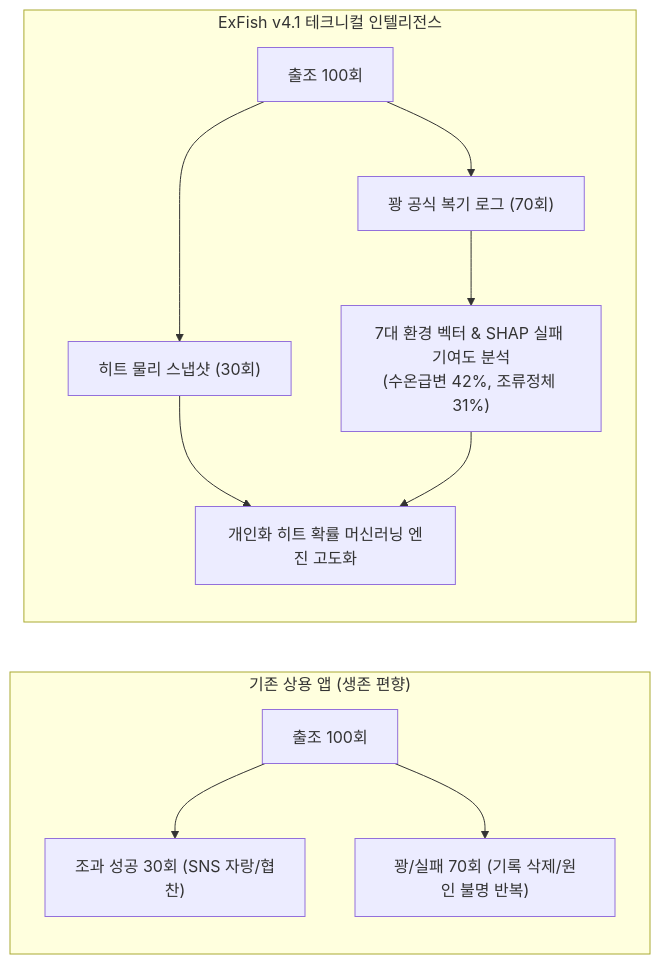
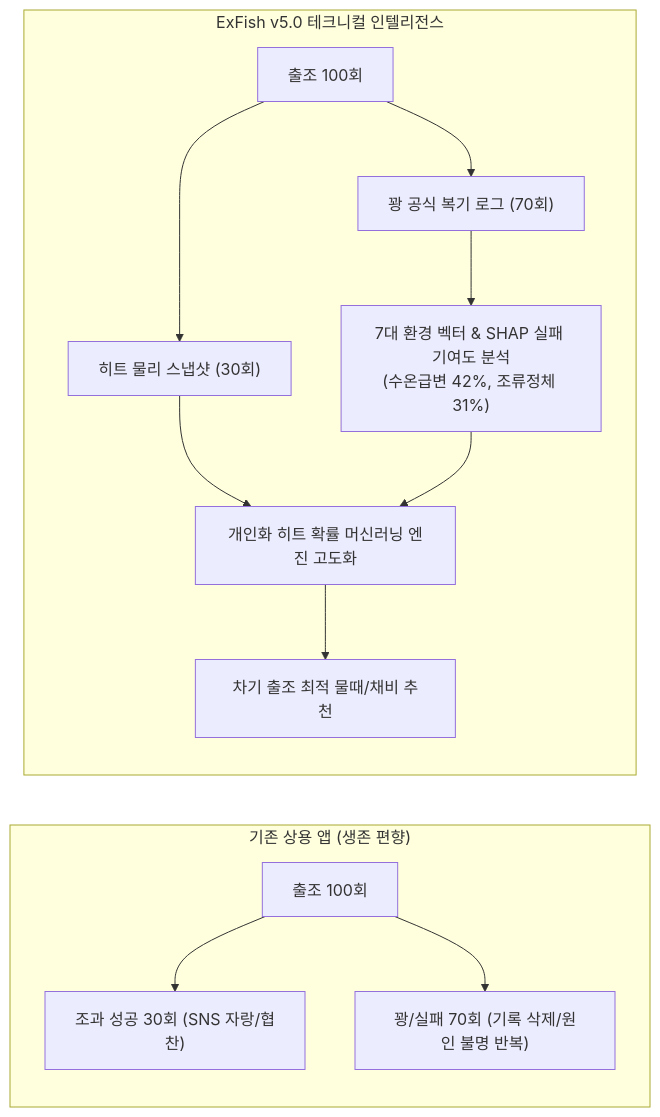
Before and after one commit to tlogger/espFish: the first of 4 diagrams in DESIGN_SPEC.md, drawn with Mermaid. The commit also changed other lines of this file and 10 other files, not shown here.

````diff
--- a/DESIGN_SPEC.md
+++ b/DESIGN_SPEC.md
@@ -54,15 +55,16 @@
 ```mermaid
 flowchart LR
     subgraph TraditionalApp ["기존 상용 앱 (생존 편향)"]
         A1["출조 100회"] --> A2["조과 성공 30회 (SNS 자랑/협찬)"]
         A1 --> A3["꽝/실패 70회 (기록 삭제/원인 불명 반복)"]
     end
 
-    subgraph ExFishSystem ["ExFish v4.1 테크니컬 인텔리전스"]
+    subgraph ExFishSystem ["ExFish v5.0 테크니컬 인텔리전스"]
         B1["출조 100회"] --> B2["히트 물리 스냅샷 (30회)"]
         B1 --> B3["꽝 공식 복기 로그 (70회)"]
         B2 --> B4["개인화 히트 확률 머신러닝 엔진 고도화"]
         B3 --> B5["7대 환경 벡터 & SHAP 실패 기여도 분석<br/>(수온급변 42%, 조류정체 31%)"]
         B5 --> B4
+        B4 --> B6["차기 출조 최적 물때/채비 추천"]
     end
 ```
````
